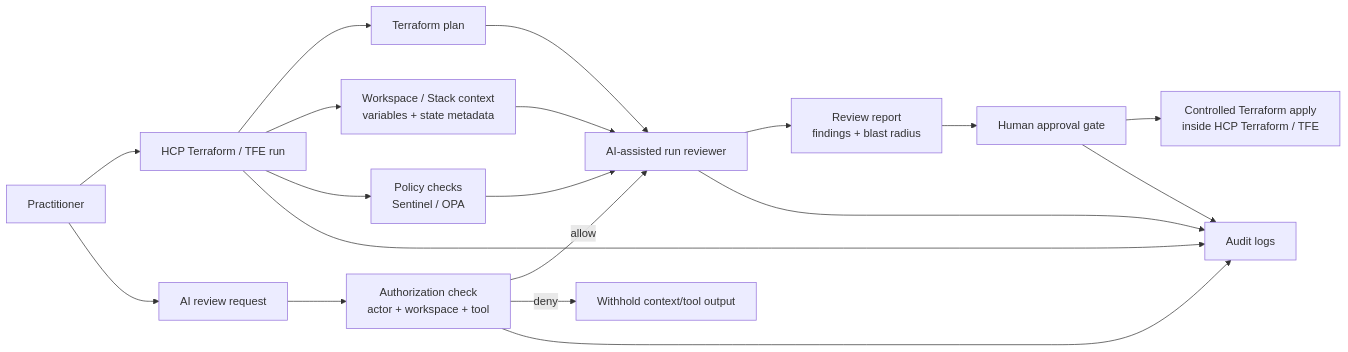
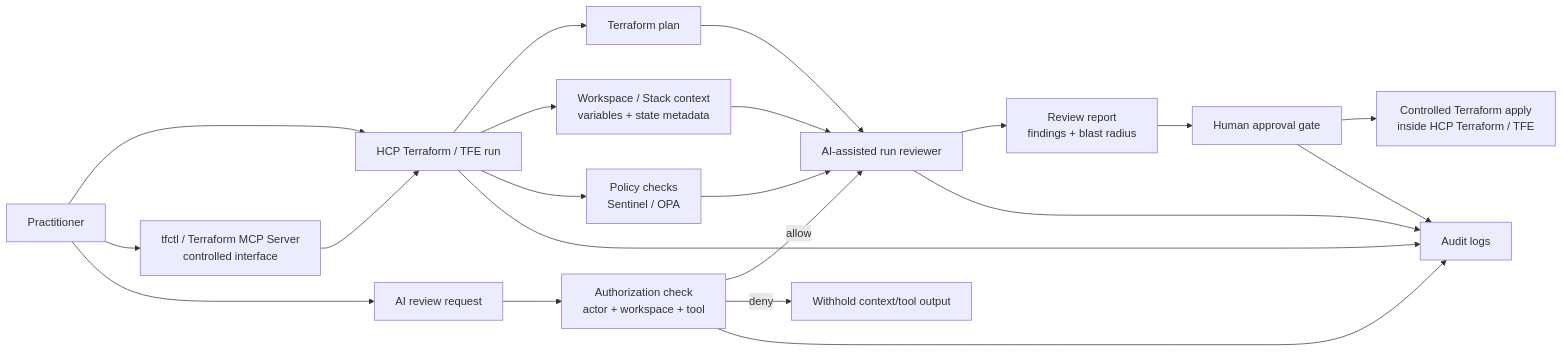
One commit to DuvalKingJacob/ai-infra-copilot changed the diagram in docs/video-architecture-diagram.md. Above: the diagram before and after it, drawn with Mermaid. The commit also changed other lines of this file and 4 other files, not shown here.

````diff
--- a/docs/video-architecture-diagram.md
+++ b/docs/video-architecture-diagram.md
@@ -12,25 +12,27 @@
 ```mermaid
 flowchart LR
   Actor["Practitioner"] --> Run["HCP Terraform / TFE run"]
+  Interface["tfctl / Terraform MCP Server\ncontrolled interface"] --> Run
+  Actor --> Interface
   Run --> Plan["Terraform plan"]
   Run --> Context["Workspace / Stack context\nvariables + state metadata"]
   Run --> Policy["Policy checks\nSentinel / OPA"]
 
   Actor --> Request["AI review request"]
   Request --> Authz["Authorization check\nactor + workspace + tool"]
   Authz -->|allow| Reviewer["AI-assisted run reviewer"]
   Authz -->|deny| Withheld["Withhold context/tool output"]
 
   Plan --> Reviewer
   Context --> Reviewer
   Policy --> Reviewer
 
   Reviewer --> Report["Review report\nfindings + blast radius"]
   Report --> Approval["Human approval gate"]
   Approval --> Apply["Controlled Terraform apply\ninside HCP Terraform / TFE"]
 
   Run --> Audit["Audit logs"]
   Authz --> Audit
   Reviewer --> Audit
   Approval --> Audit
 ```
````
